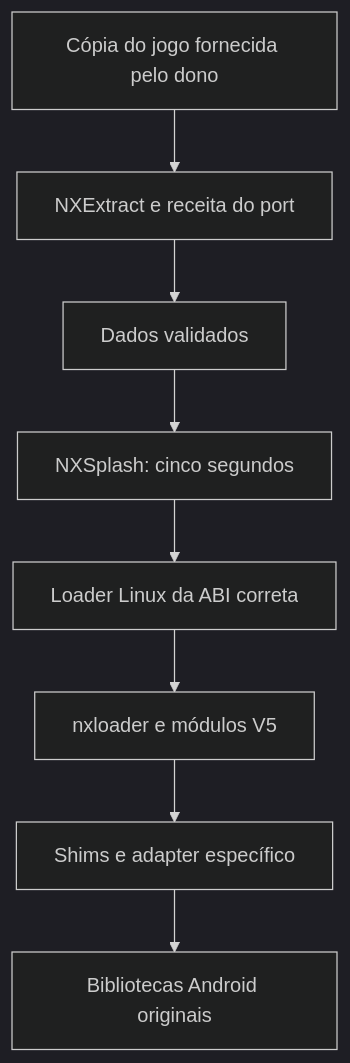
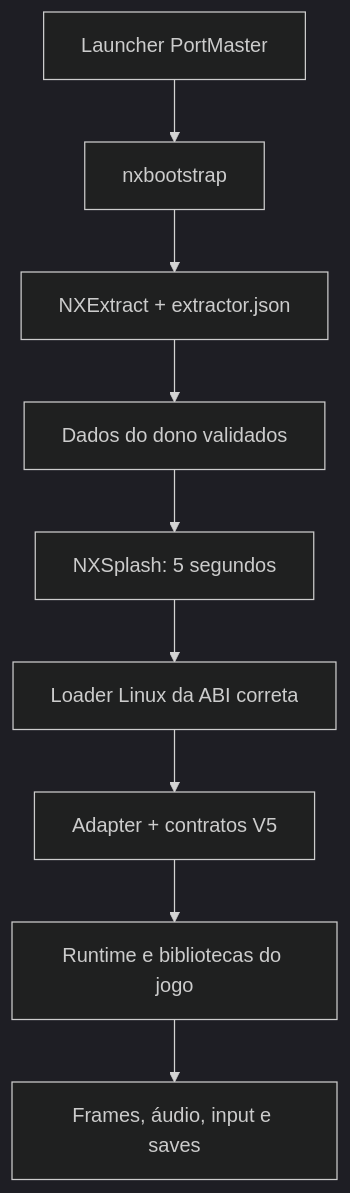
Before and after one commit to NextOs-Ports/nextos-framework: the diagram in docs/pt-BR/ARQUITETURA.md, drawn with Mermaid (dark theme). The commit also changed other lines of this file and 187 other files, not shown here.

````diff
--- a/docs/pt-BR/ARQUITETURA.md
+++ b/docs/pt-BR/ARQUITETURA.md
@@ -5,10 +9,11 @@
 ```mermaid
 flowchart TD
-  A[Cópia do jogo fornecida pelo dono] --> B[NXExtract e receita do port]
-  B --> C[Dados validados]
-  C --> D[NXSplash: cinco segundos]
-  D --> E[Loader Linux da ABI correta]
-  E --> F[nxloader e módulos V5]
-  F --> G[Shims e adapter específico]
-  G --> H[Bibliotecas Android originais]
+  A[Launcher PortMaster] --> B[nxbootstrap]
+  B --> C[NXExtract + extractor.json]
+  C --> D[Dados do dono validados]
+  D --> E[NXSplash: 5 segundos]
+  E --> F[Loader Linux da ABI correta]
+  F --> G[Adapter + contratos V5]
+  G --> H[Runtime e bibliotecas do jogo]
+  H --> I[Frames, áudio, input e saves]
 ```
````
